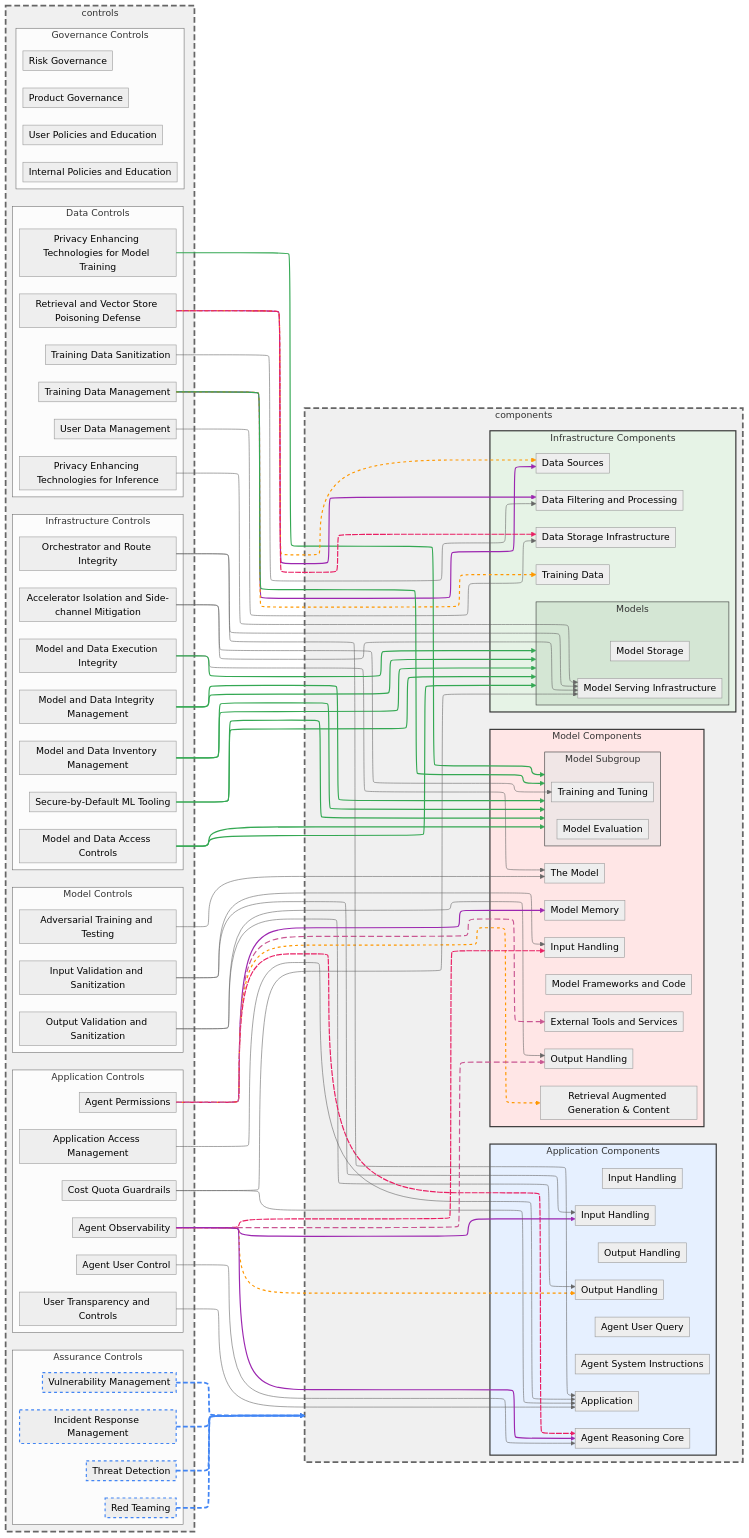
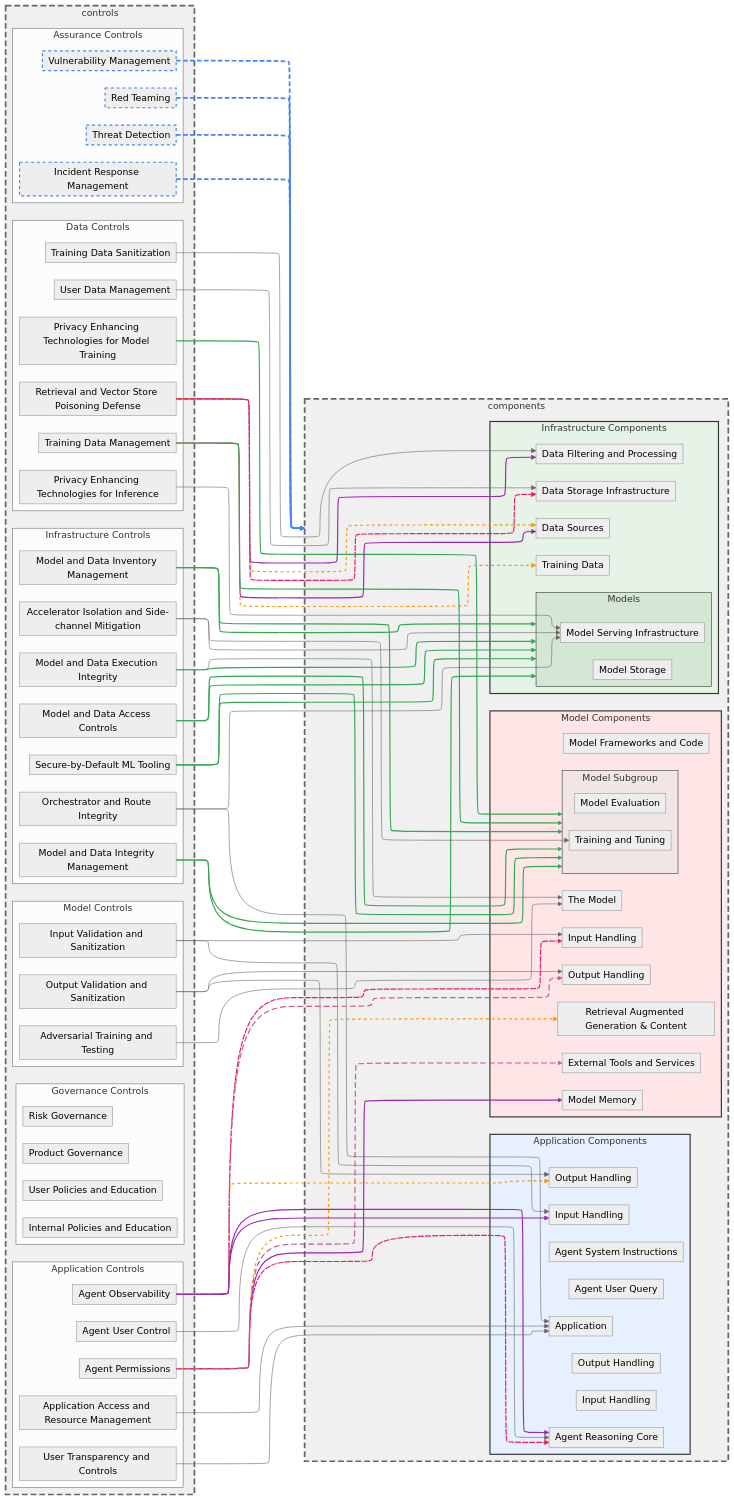
One commit to davidlabianca/secure-ai-tooling changed the diagram in risk-map/diagrams/controls-graph.md. Above: the diagram before and after it, drawn with Mermaid (neutral theme). The commit also changed 13 other files, not shown here.

First line of the commit message:
[Controls][Revert] Add control: Cost Quota Guardrails

```diff
--- a/risk-map/diagrams/controls-graph.md
+++ b/risk-map/diagrams/controls-graph.md
@@ -42,8 +42,7 @@
         controlAgentObservability[Agent Observability]
         controlAgentPluginPermissions[Agent Permissions]
         controlAgentPluginUserControl[Agent User Control]
-        controlApplicationAccessManagement[Application Access Management]
-        controlCostQuotaGuardrails[Cost Quota Guardrails]
+        controlApplicationAccessManagement[Application Access and Resource Management]
         controlUserTransparencyAndControls[User Transparency and Controls]
     end
 
@@ -149,8 +148,6 @@
     controlRetrievalAndVectorStorePoisoningDefense --> componentDataStorage
     controlOrchestratorAndRouteIntegrity --> componentApplication
     controlOrchestratorAndRouteIntegrity --> componentModelServing
-    controlCostQuotaGuardrails --> componentApplication
-    controlCostQuotaGuardrails --> componentModelServing
 
     %% Apply styling to controls mapped to 'all'
     controlIncidentResponseManagement:::allControl
```
